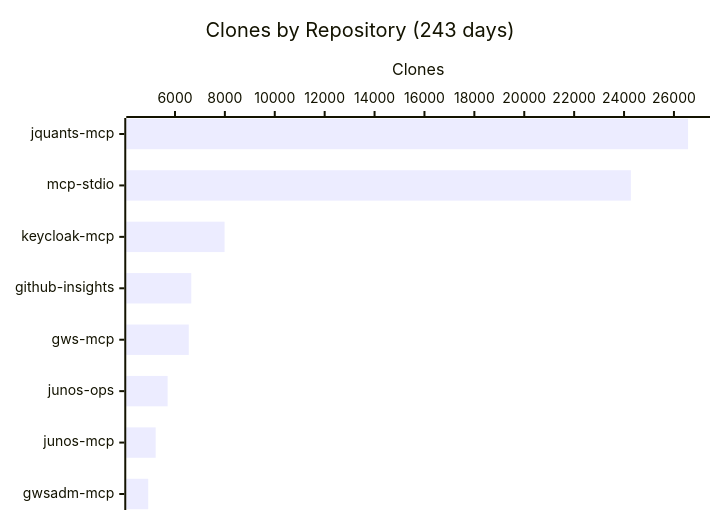
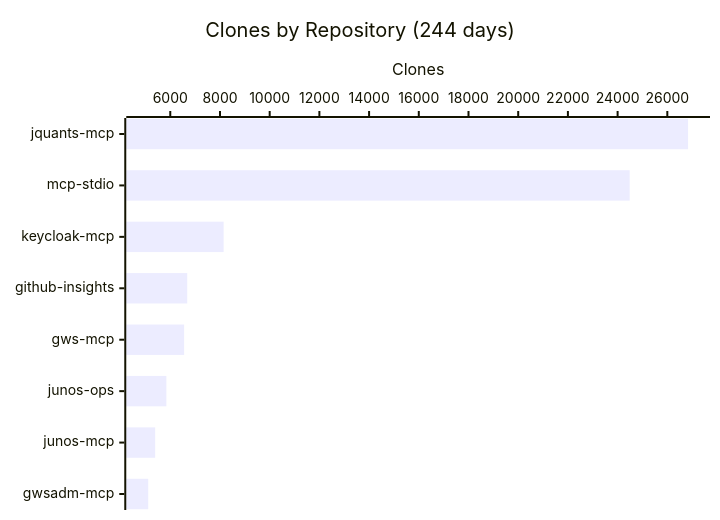
One commit to shigechika/github-insights changed the fourth of 4 diagrams in README.md. Above: the diagram before and after it, drawn with Mermaid. The commit also changed other lines of this file and 1 other file, not shown here.

````diff
--- a/README.md
+++ b/README.md
@@ -58,7 +58,7 @@
 ```mermaid
 xychart-beta horizontal
-    title "Clones by Repository (243 days)"
+    title "Clones by Repository (244 days)"
     x-axis ["jquants-mcp", "mcp-stdio", "keycloak-mcp", "github-insights", "gws-mcp", "junos-ops", "junos-mcp", "gwsadm-mcp"]
     y-axis "Clones"
-    bar [26566, 24273, 7987, 6653, 6554, 5706, 5227, 4927]
+    bar [26835, 24485, 8147, 6682, 6558, 5844, 5392, 5112]
 ```
````
